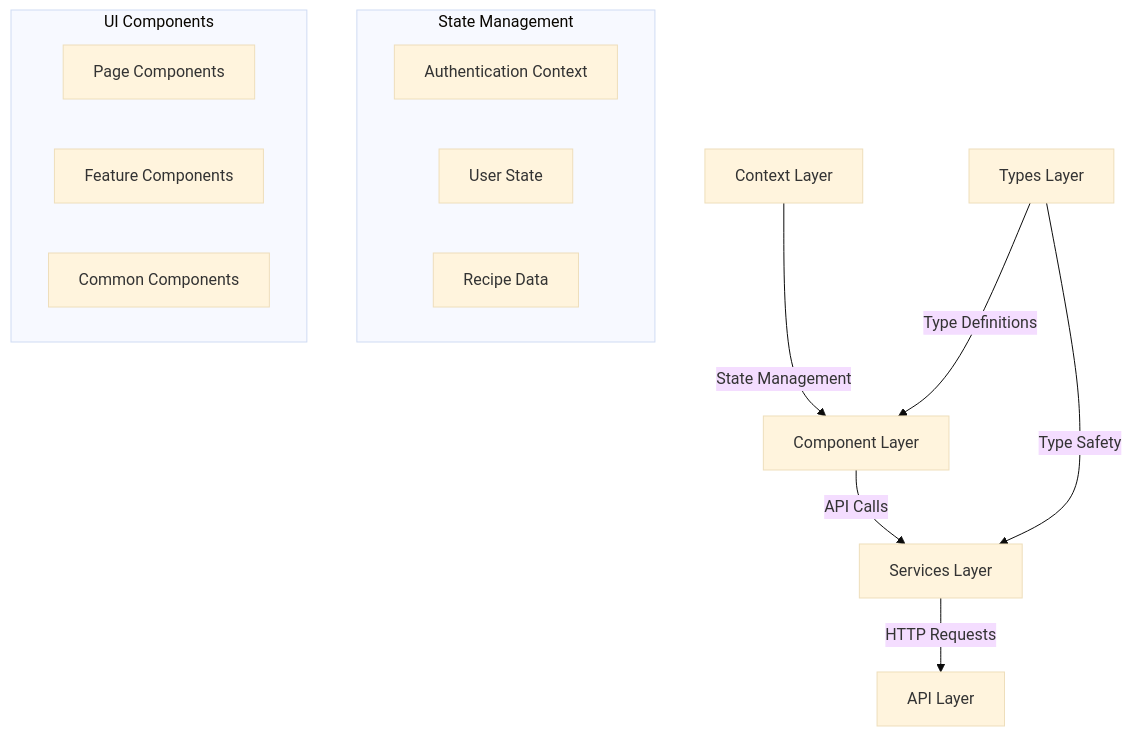
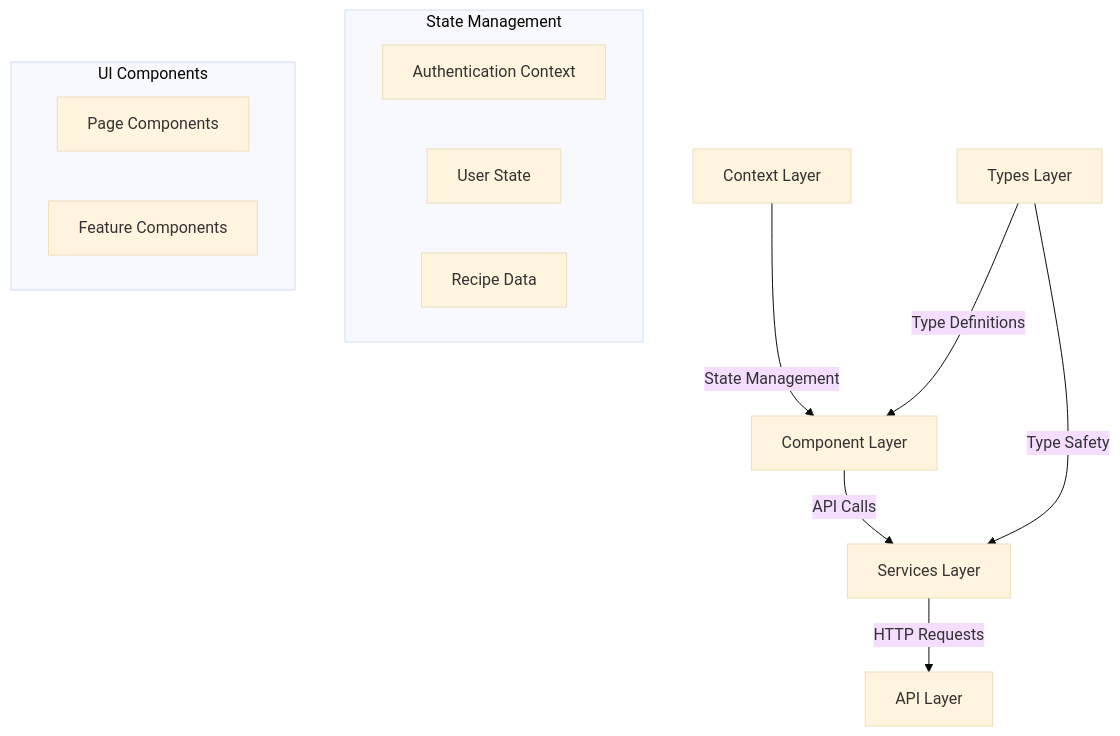
One commit to nikprov/Recipe-hub-app changed the diagram in recipe-hub-frontend/readme-frontend.md. Above: the diagram before and after it, drawn with Mermaid (base theme). The commit also changed other lines of this file and 11 other files, not shown here.

````diff
--- a/recipe-hub-frontend/readme-frontend.md
+++ b/recipe-hub-frontend/readme-frontend.md
@@ -9,26 +9,25 @@
 ```mermaid
 graph TB
     Context[Context Layer]
     Components[Component Layer]
     Services[Services Layer]
     Types[Types Layer]
     API[API Layer]
     
     Context -->|State Management| Components
     Components -->|API Calls| Services
     Services -->|HTTP Requests| API
     Types -->|Type Definitions| Components
     Types -->|Type Safety| Services
     
     subgraph State Management
         Auth[Authentication Context]
         User[User State]
         Recipes[Recipe Data]
     end
     
     subgraph UI Components
         Pages[Page Components]
         Features[Feature Components]
-        Common[Common Components]
     end
 ```
````
